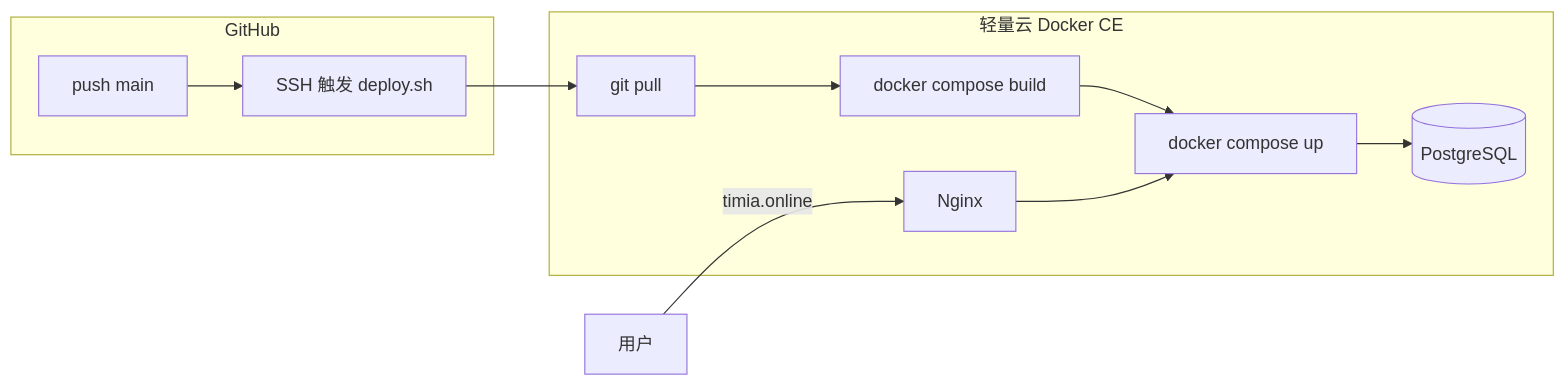
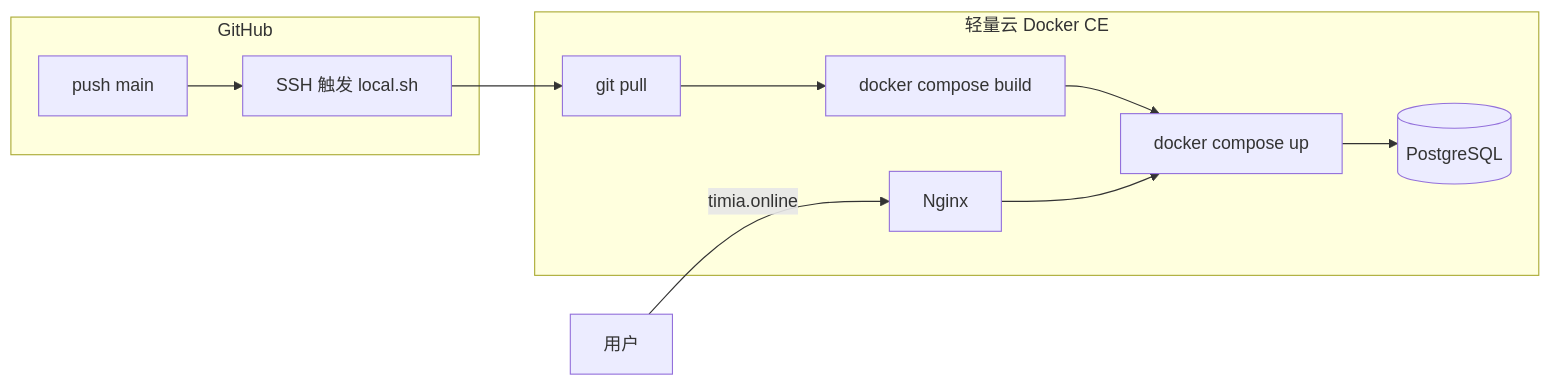
Before and after one commit to rongxuning/timia: the diagram in docs/deploy/cloud.md, drawn with Mermaid. The commit also changed other lines of this file and 7 other files, not shown here.

First line of the commit message:
refactor(deploy): rename deploy.sh to local.sh and extract shared helpers

````diff
--- a/docs/deploy/cloud.md
+++ b/docs/deploy/cloud.md
@@ -14,18 +14,18 @@
 ```mermaid
 flowchart LR
   subgraph GitHub
     A[push main]
-    B[SSH 触发 deploy.sh]
+    B[SSH 触发 local.sh]
   end
   subgraph Lighthouse["轻量云 Docker CE"]
     G[git pull]
     D[docker compose build]
     S[docker compose up]
     DB[(PostgreSQL)]
     NG[Nginx]
   end
   A --> B --> G --> D --> S
   S --> DB
   NG --> S
   User[用户] -->|timia.online| NG
 ```
````
